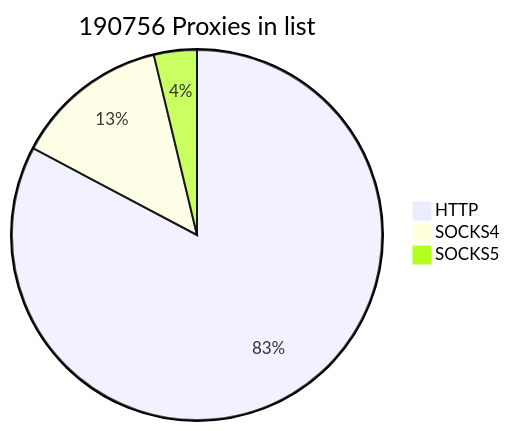
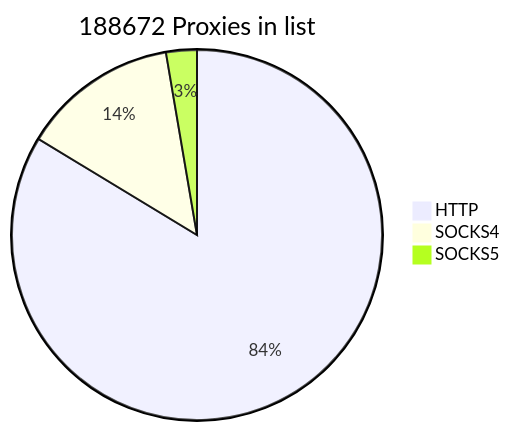
The first of 2 diagrams in README.md (cutipu/proxylist), drawn with Mermaid before and after one commit. The commit also changed other lines of this file, not shown here.

````diff
--- a/README.md
+++ b/README.md
@@ -2,7 +2,7 @@
 ```mermaid
-pie title 190756 Proxies in list
+pie title 188672 Proxies in list
     "HTTP" : 157853
-    "SOCKS4" : 25749
-    "SOCKS5" : 7154
+    "SOCKS4" : 25750
+    "SOCKS5" : 5069
             
 ```
````
